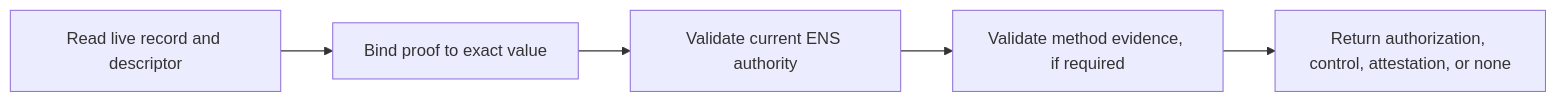
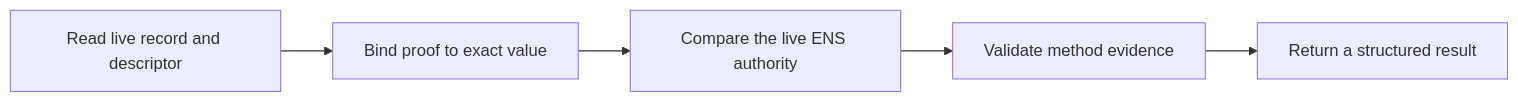
Before and after one commit to envoy1084/ensip-verification: the diagram in apps/web/src/pages/docs/spec/overview.mdx, drawn with Mermaid. The commit also changed other lines of this file and 45 other files, not shown here.

````diff
--- a/apps/web/src/pages/docs/spec/overview.mdx
+++ b/apps/web/src/pages/docs/spec/overview.mdx
@@ -33,7 +32,7 @@
 ```mermaid
 flowchart LR
   A["Read live record and descriptor"] --> B["Bind proof to exact value"]
-  B --> C["Validate current ENS authority"]
-  C --> D["Validate method evidence, if required"]
-  D --> E["Return authorization, control, attestation, or none"]
+  B --> C["Compare the live ENS authority"]
+  C --> D["Validate method evidence"]
+  D --> E["Return a structured result"]
 ```
````
